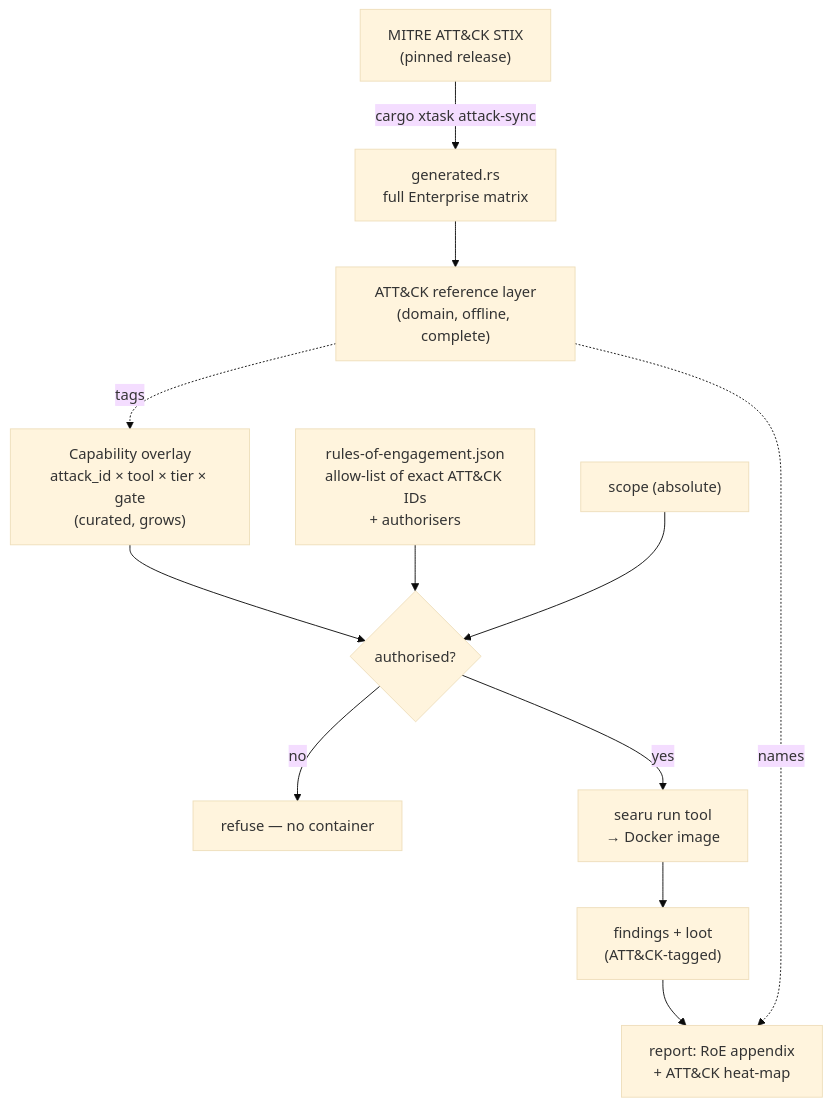
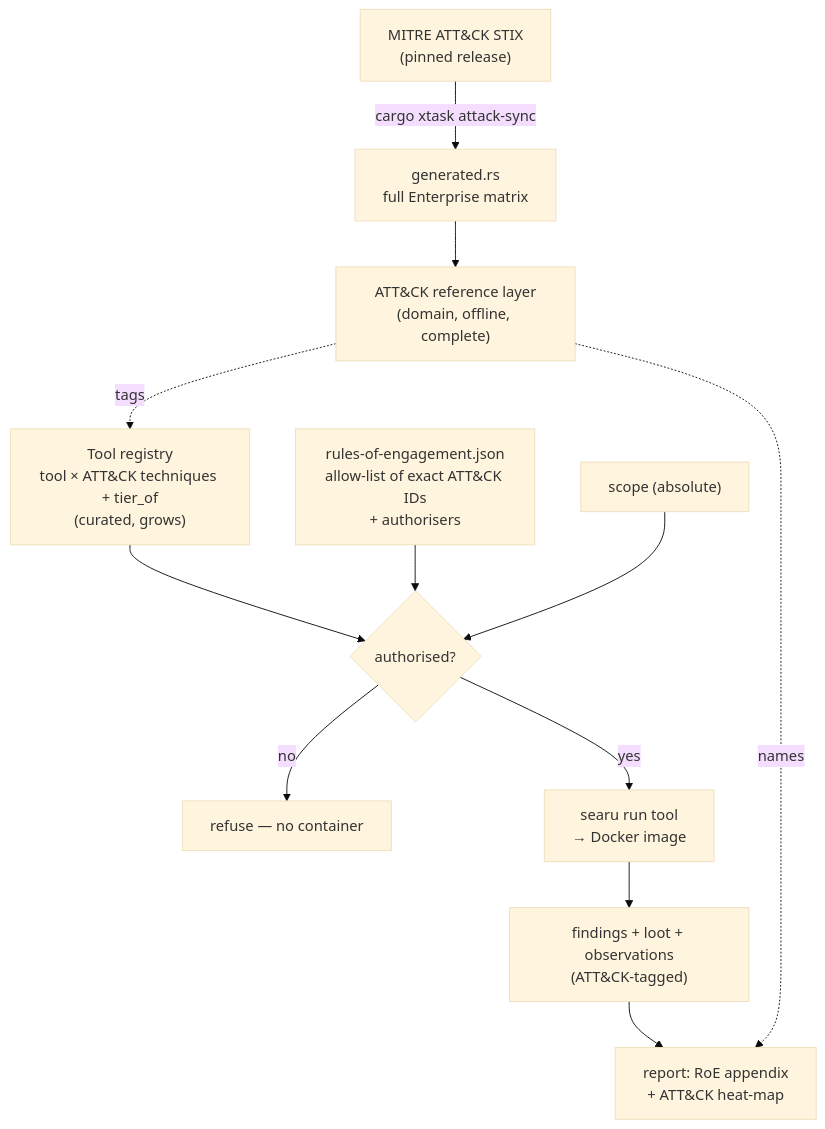
One commit to acodeninja/searu changed the first of 4 diagrams in docs/product-plan.md. Above: the diagram before and after it, drawn with Mermaid (base theme). The commit also changed other lines of this file and 3 other files, not shown here.

````diff
--- a/docs/product-plan.md
+++ b/docs/product-plan.md
@@ -101,15 +105,15 @@
 ```mermaid
 graph TD
     STIX["MITRE ATT&CK STIX<br/>(pinned release)"] -->|cargo xtask attack-sync| GEN["generated.rs<br/>full Enterprise matrix"]
     GEN --> REF["ATT&CK reference layer<br/>(domain, offline, complete)"]
     REF -. tags .-> CAP
-    CAP["Capability overlay<br/>attack_id × tool × tier × gate<br/>(curated, grows)"]
+    CAP["Tool registry<br/>tool × ATT&CK techniques + tier_of<br/>(curated, grows)"]
     ROE["rules-of-engagement.json<br/>allow-list of exact ATT&CK IDs<br/>+ authorisers"] --> GATE
     SCOPE["scope (absolute)"] --> GATE
     CAP --> GATE{authorised?}
     GATE -->|no| STOP["refuse — no container"]
     GATE -->|yes| TOOL["searu run tool<br/>→ Docker image"]
-    TOOL --> FIND["findings + loot<br/>(ATT&CK-tagged)"]
+    TOOL --> FIND["findings + loot + observations<br/>(ATT&CK-tagged)"]
     REF -. names .-> REP
     FIND --> REP["report: RoE appendix<br/>+ ATT&CK heat-map"]
 ```
````
